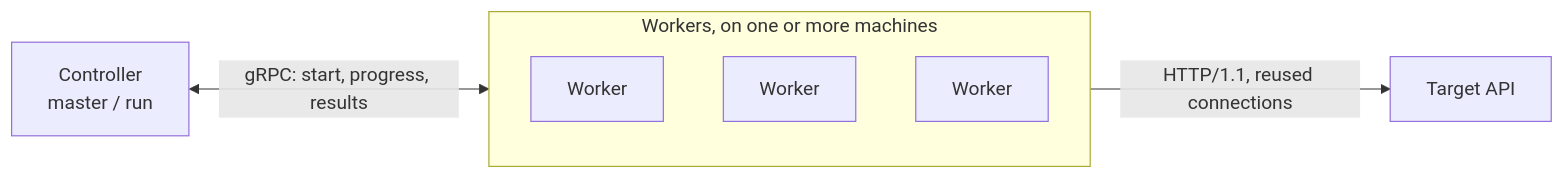
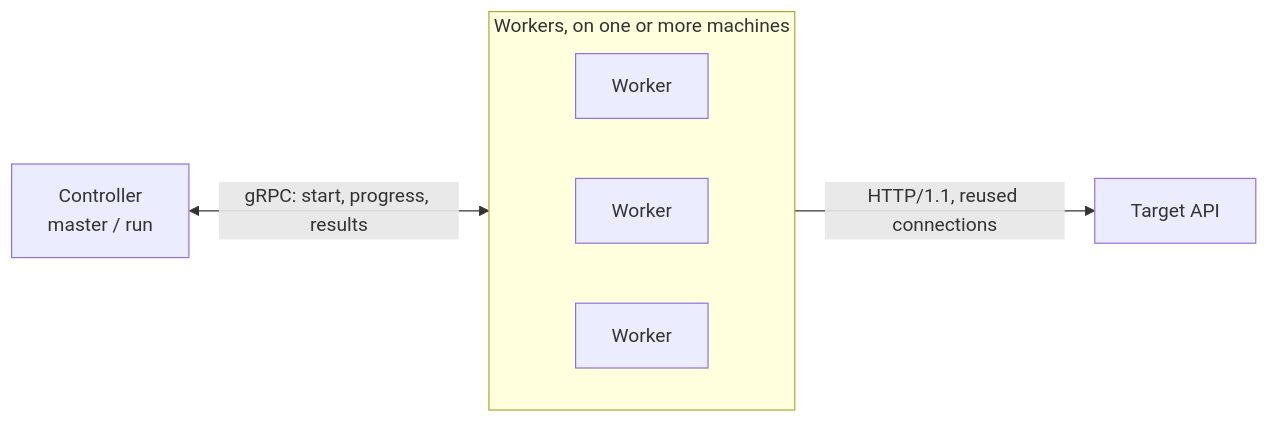
The diagram in README.md (ryokotaka/SwarmGo), drawn with Mermaid before and after one commit.

Commit message:
Stack the workers in the architecture diagram

````diff
--- a/README.md
+++ b/README.md
@@ -132,12 +132,13 @@
 ```mermaid
 flowchart LR
     C["Controller<br/>master / run"]
     subgraph W ["Workers, on one or more machines"]
+        direction LR
         W1[Worker]
         W2[Worker]
         W3[Worker]
     end
     A[Target API]
     C <-->|"gRPC: start, progress, results"| W
     W -->|"HTTP/1.1, reused connections"| A
 ```
````
